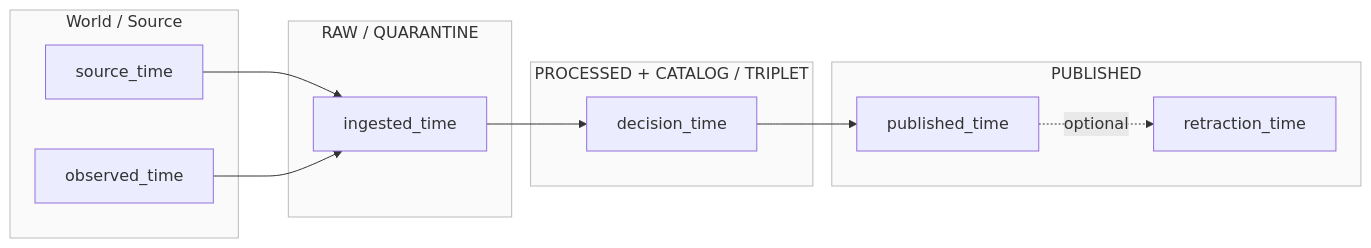
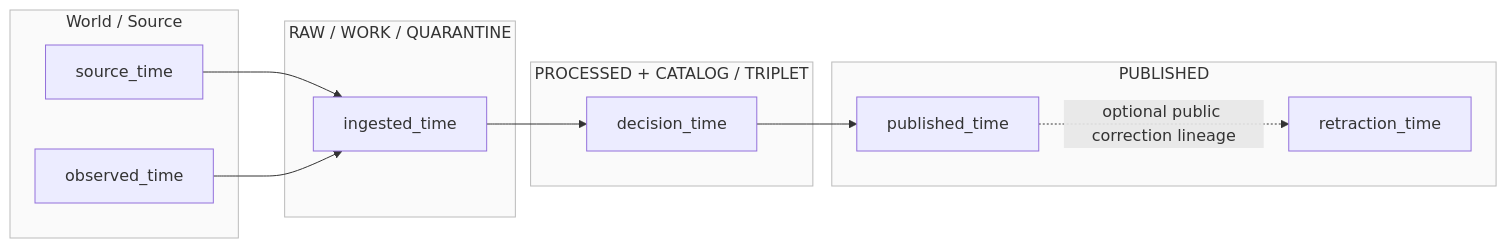
The second of 3 diagrams in docs/adr/ADR-0014-temporal-vocabulary--six-time-kinds-tracked.md (bartytime4life/Kansas-Frontier-Matrix), drawn with Mermaid before and after one commit. The commit also changed other lines of this file, not shown here.

````diff
--- a/docs/adr/ADR-0014-temporal-vocabulary--six-time-kinds-tracked.md
+++ b/docs/adr/ADR-0014-temporal-vocabulary--six-time-kinds-tracked.md
@@ -196,26 +175,26 @@
 ```mermaid
 flowchart LR
   subgraph world [World / Source]
     ST["source_time"]
     OT["observed_time"]
   end
-  subgraph raw [RAW / QUARANTINE]
+  subgraph intake [RAW / WORK / QUARANTINE]
     IT["ingested_time"]
   end
-  subgraph proc [PROCESSED + CATALOG / TRIPLET]
+  subgraph governed [PROCESSED + CATALOG / TRIPLET]
     DT["decision_time"]
   end
-  subgraph pub [PUBLISHED]
+  subgraph release [PUBLISHED]
     PT["published_time"]
     RT["retraction_time"]
   end
 
   ST --> IT
   OT --> IT
   IT --> DT
   DT --> PT
-  PT -.->|optional| RT
+  PT -.->|optional public correction lineage| RT
 
   classDef phase fill:#fafafa,stroke:#bbb;
-  class world,raw,proc,pub phase;
+  class world,intake,governed,release phase;
 ```
````
